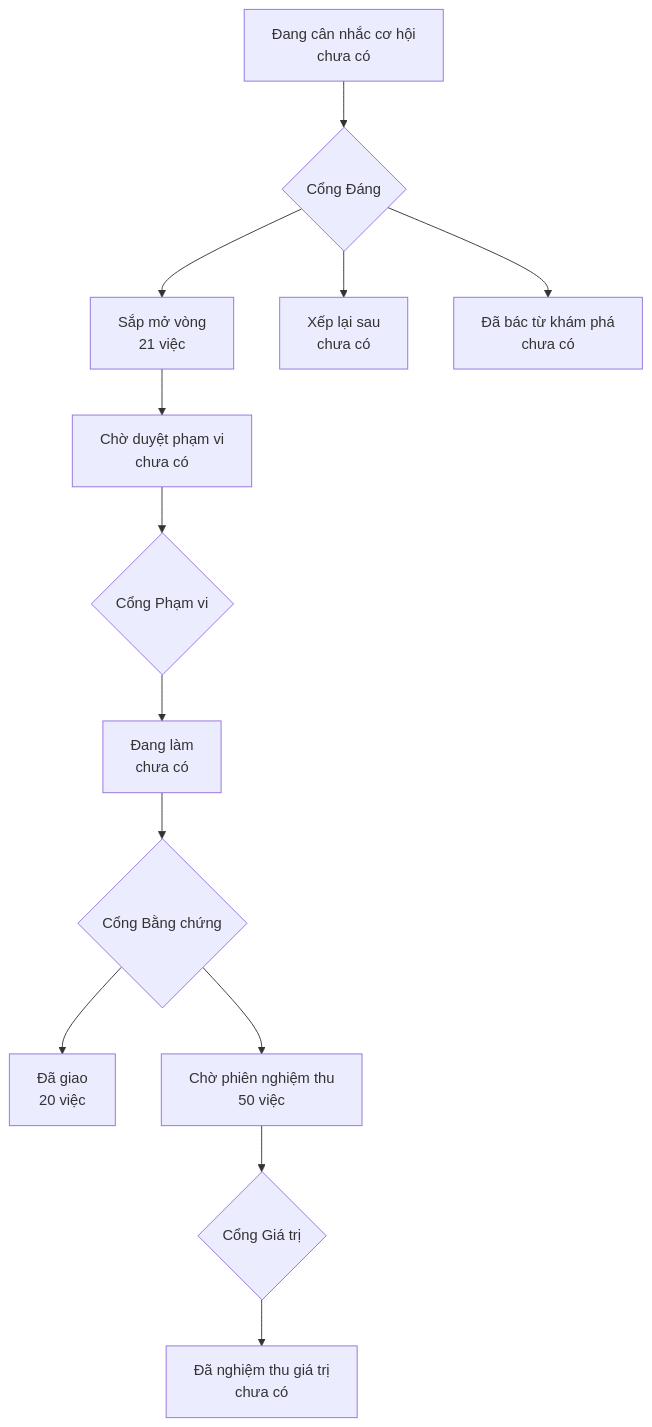
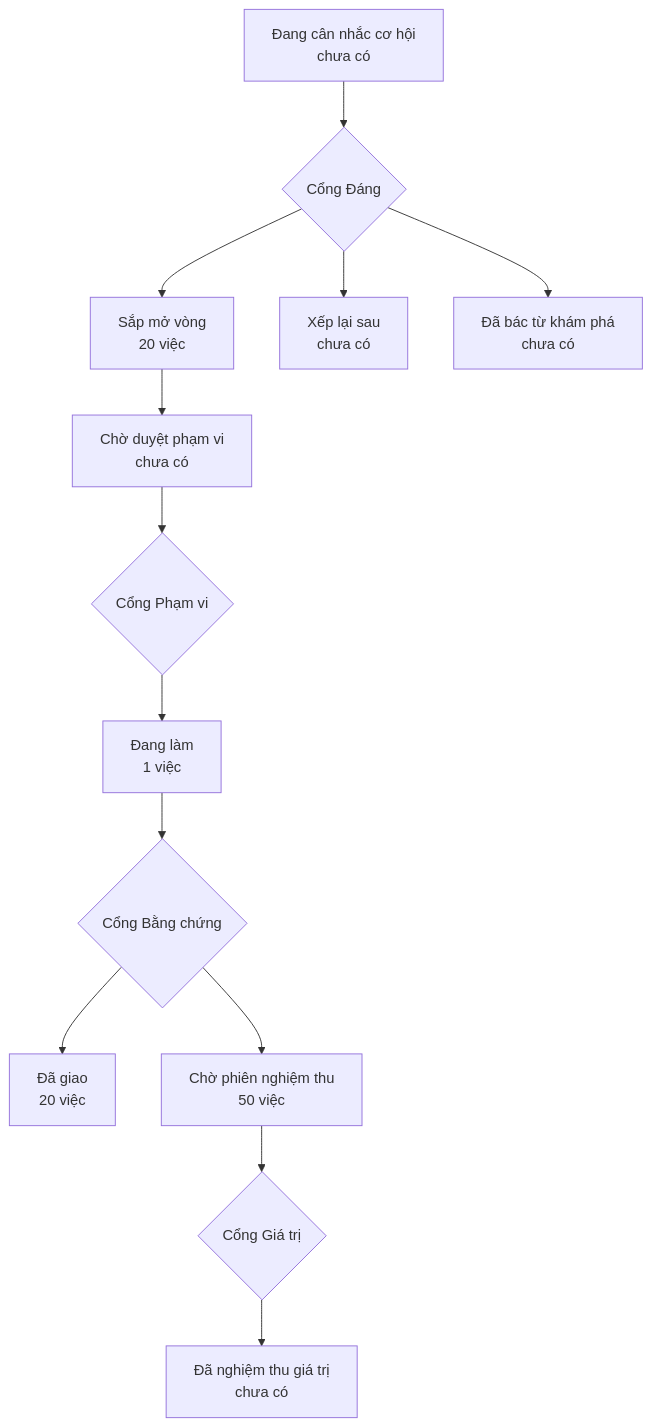
The diagram in PRODUCT-MAP.md (phanlemanh/onehub-quy-hang), drawn with Mermaid before and after one commit. The commit also changed other lines of this file and 3 other files, not shown here.

````diff
--- a/PRODUCT-MAP.md
+++ b/PRODUCT-MAP.md
@@ -7,12 +7,12 @@
 ```mermaid
 flowchart TD
   A["Đang cân nhắc cơ hội<br/>chưa có"] --> GD{"Cổng Đáng"}
-  GD --> B["Sắp mở vòng<br/>21 việc"]
+  GD --> B["Sắp mở vòng<br/>20 việc"]
   GD --> XL["Xếp lại sau<br/>chưa có"]
   GD --> DB["Đã bác từ khám phá<br/>chưa có"]
   B --> CD["Chờ duyệt phạm vi<br/>chưa có"] --> GP{"Cổng Phạm vi"}
-  GP --> DL["Đang làm<br/>chưa có"] --> GB{"Cổng Bằng chứng"}
+  GP --> DL["Đang làm<br/>1 việc"] --> GB{"Cổng Bằng chứng"}
   GB --> DG["Đã giao<br/>20 việc"]
   GB --> CN["Chờ phiên nghiệm thu<br/>50 việc"] --> GG{"Cổng Giá trị"}
   GG --> NT["Đã nghiệm thu giá trị<br/>chưa có"]
 ```
````
